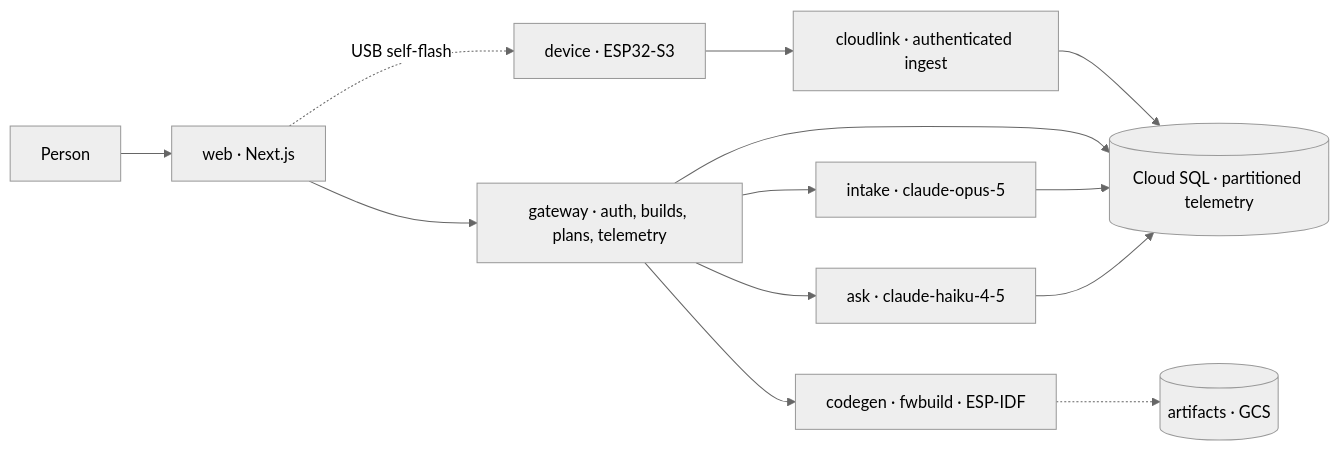
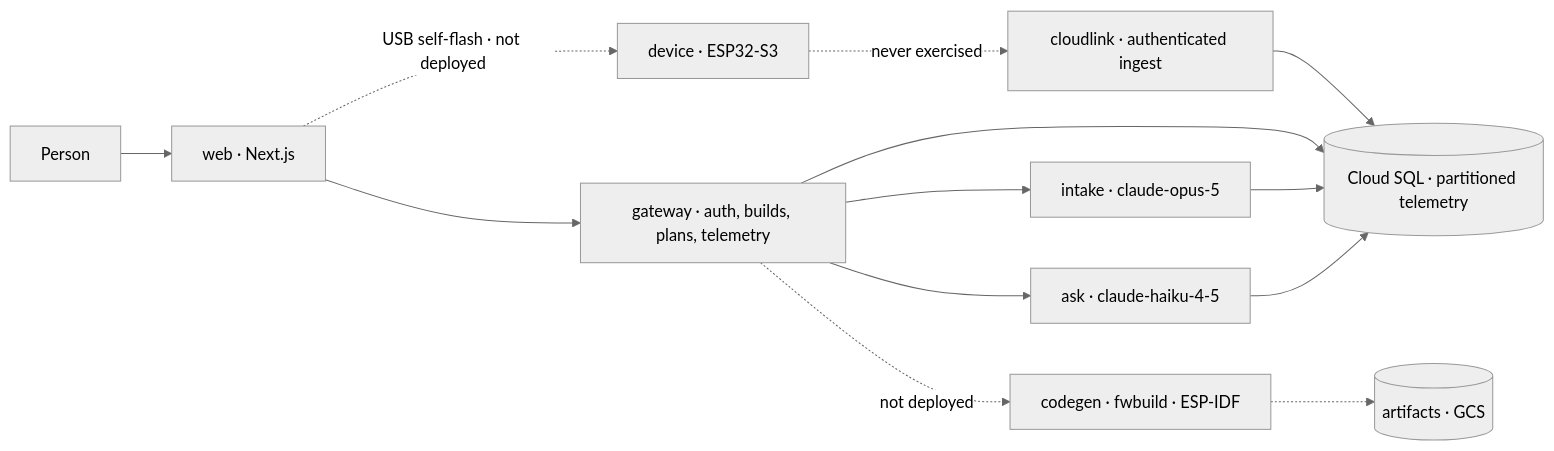
Before and after one commit to guitarpastdusk/albusforge: the diagram in docs/checkin/CHECKIN-3.md, drawn with Mermaid (neutral theme). The commit also changed other lines of this file and 2 other files, not shown here.

````diff
--- a/docs/checkin/CHECKIN-3.md
+++ b/docs/checkin/CHECKIN-3.md
@@ -44,15 +46,15 @@
 ```mermaid
 flowchart LR
   P[Person] --> W[web · Next.js]
   W --> G[gateway · auth, builds, plans, telemetry]
   G --> I[intake · claude-opus-5]
   G --> A[ask · claude-haiku-4-5]
-  G --> C[codegen · fwbuild · ESP-IDF]
-  D[device · ESP32-S3] --> L[cloudlink · authenticated ingest]
+  G -.->|not deployed| C[codegen · fwbuild · ESP-IDF]
+  D[device · ESP32-S3] -.->|never exercised| L[cloudlink · authenticated ingest]
   L --> DB[(Cloud SQL · partitioned telemetry)]
   G --> DB
   I --> DB
   A --> DB
   C -.-> ART[(artifacts · GCS)]
-  W -.->|USB self-flash| D
+  W -.->|USB self-flash · not deployed| D
 ```
````
